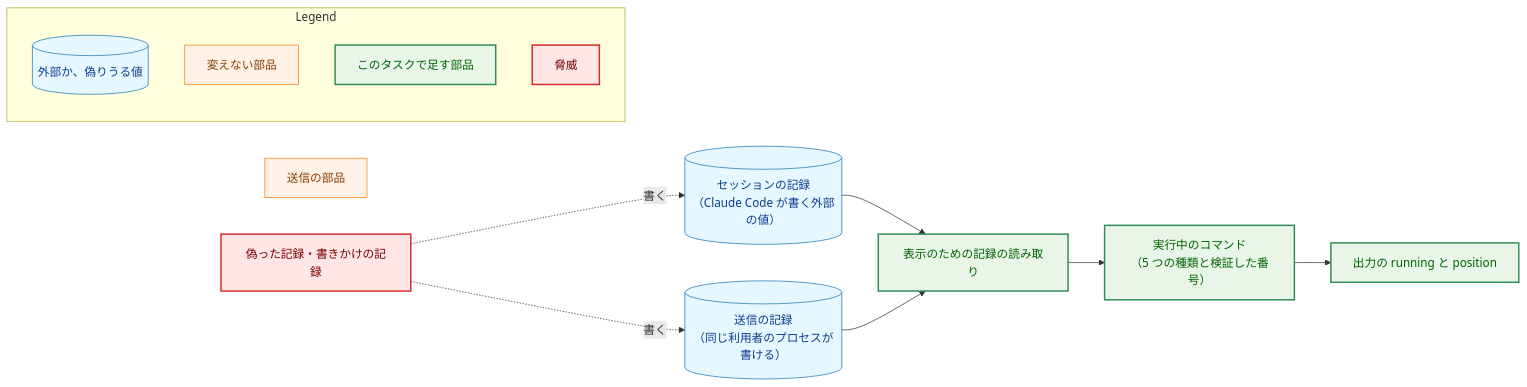
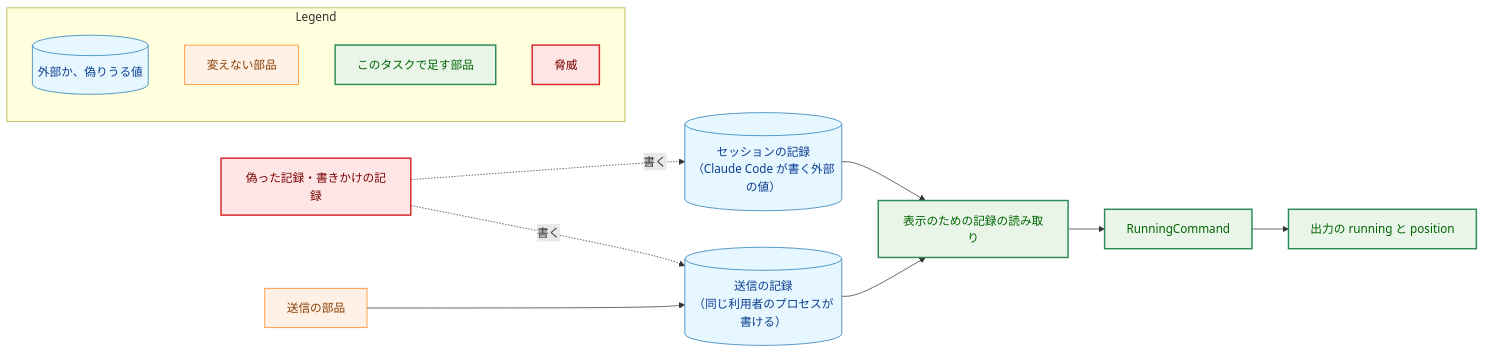
One commit to isseis/yt2column changed the fourth of 6 diagrams in docs/tasks/0093_chief_status_sheet/02_architecture.md. Above: the diagram before and after it, drawn with Mermaid. The commit also changed other lines of this file and 1 other file, not shown here.

First line of the commit message:
docs(0093): address the architecture review and the Japanese prose pass

````diff
--- a/docs/tasks/0093_chief_status_sheet/02_architecture.md
+++ b/docs/tasks/0093_chief_status_sheet/02_architecture.md
@@ -527,38 +704,39 @@
 ```mermaid
 flowchart LR
     classDef data fill:#e6f7ff,stroke:#1f77b4,stroke-width:1px,color:#0b3d91;
     classDef process fill:#fff1e6,stroke:#ff7f0e,stroke-width:1px,color:#8a3e00;
     classDef enhanced fill:#e8f5e8,stroke:#2e8b57,stroke-width:2px,color:#006400;
     classDef problem fill:#ffe6e6,stroke:#d62728,stroke-width:2px,color:#7b0000;
 
     TRANS[("セッションの記録<br>（Claude Code が書く外部の値）")]
     REC[("送信の記録<br>（同じ利用者のプロセスが書ける）")]
     READ["表示のための記録の読み取り"]
-    RUN["実行中のコマンド<br>（5 つの種類と検証した番号）"]
+    RUN["RunningCommand"]
     OUT["出力の running と position"]
     SENDP["送信の部品"]
     ATT["偽った記録・書きかけの記録"]
 
     ATT -.->|"書く"| TRANS
     ATT -.->|"書く"| REC
     TRANS --> READ
     REC --> READ
     READ --> RUN
     RUN --> OUT
+    SENDP --> REC
 
     class TRANS,REC data
     class READ,RUN,OUT enhanced
     class SENDP process
     class ATT problem
 
     subgraph Legend["Legend"]
         L1[("外部か、偽りうる値")]
         L2["変えない部品"]
         L3["このタスクで足す部品"]
         L4["脅威"]
     end
     class L1 data
     class L2 process
     class L3 enhanced
     class L4 problem
 ```
````
